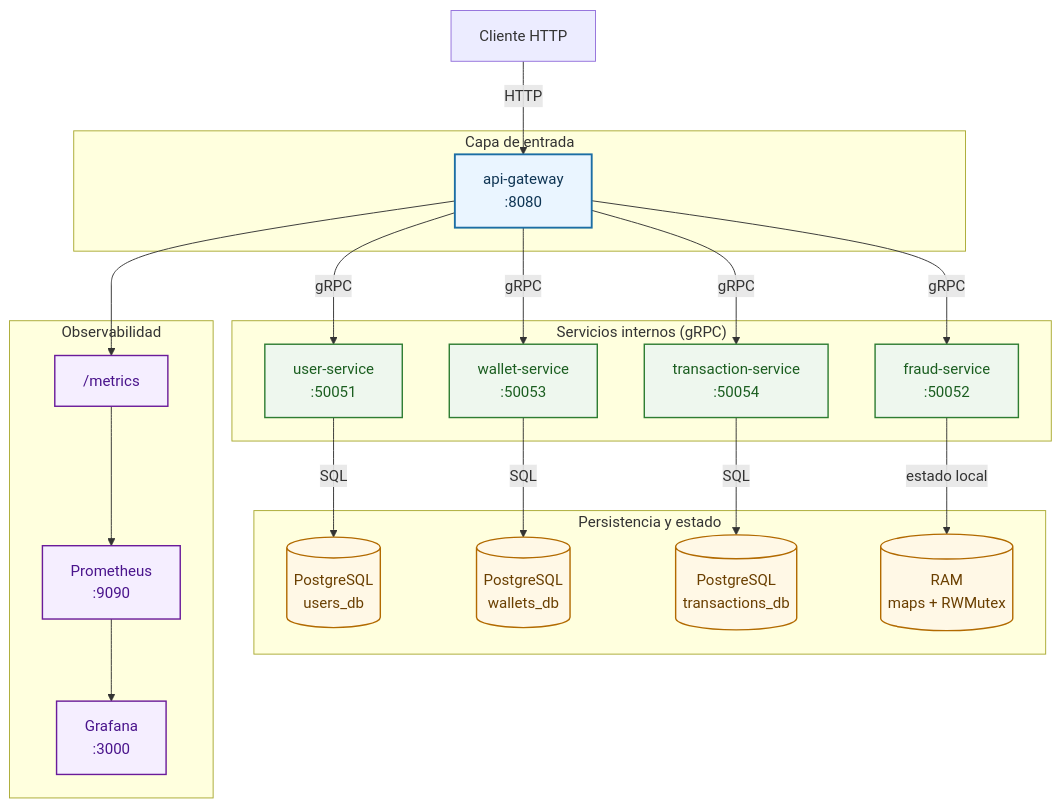
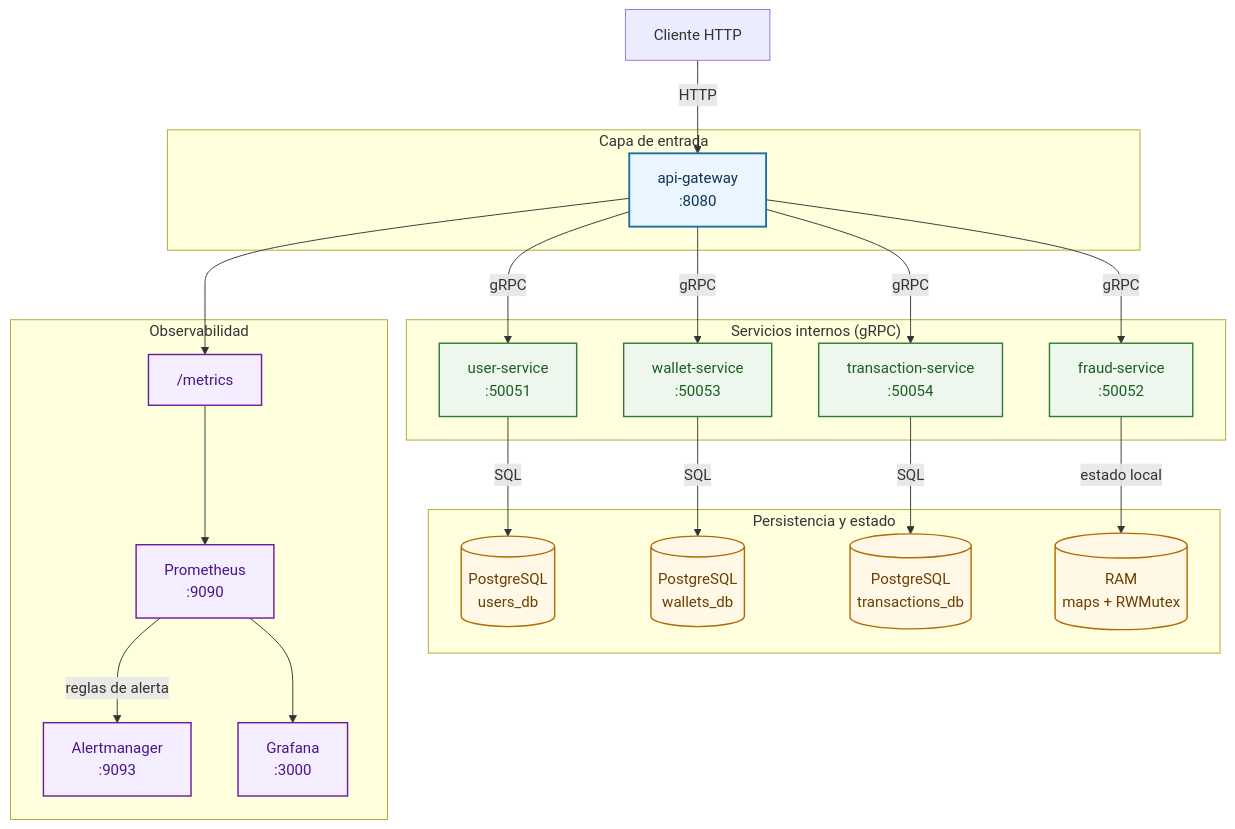
The first of 4 diagrams in architecture.md (Lucascabral95/peer-ledger-microservices-grpc), drawn with Mermaid before and after one commit. The commit also changed other lines of this file and 10 other files, not shown here.

````diff
--- a/architecture.md
+++ b/architecture.md
@@ -21,53 +21,55 @@
 ```mermaid
 flowchart TB
     client["Cliente HTTP"]
 
     subgraph edge["Capa de entrada"]
       gw["api-gateway<br/>:8080"]
     end
 
     subgraph services["Servicios internos (gRPC)"]
       us["user-service<br/>:50051"]
       fs["fraud-service<br/>:50052"]
       ws["wallet-service<br/>:50053"]
       ts["transaction-service<br/>:50054"]
     end
 
     subgraph data["Persistencia y estado"]
       usersdb[("PostgreSQL<br/>users_db")]
       walletsdb[("PostgreSQL<br/>wallets_db")]
       txdb[("PostgreSQL<br/>transactions_db")]
       fraudram[("RAM<br/>maps + RWMutex")]
     end
 
     subgraph obs["Observabilidad"]
       metrics["/metrics"]
       prom["Prometheus<br/>:9090"]
+      am["Alertmanager<br/>:9093"]
       graf["Grafana<br/>:3000"]
     end
 
     client -->|HTTP| gw
     gw -->|gRPC| us
     gw -->|gRPC| fs
     gw -->|gRPC| ws
     gw -->|gRPC| ts
 
     us -->|SQL| usersdb
     ws -->|SQL| walletsdb
     ts -->|SQL| txdb
     fs -->|estado local| fraudram
 
     gw --> metrics
     metrics --> prom
+    prom -->|reglas de alerta| am
     prom --> graf
 
     classDef edgeStyle fill:#EAF5FF,stroke:#1C6EA4,stroke-width:2px,color:#0F3554;
     classDef svcStyle fill:#EEF7EE,stroke:#2E7D32,stroke-width:1.5px,color:#1B5E20;
     classDef dataStyle fill:#FFF8E6,stroke:#B26A00,stroke-width:1.5px,color:#6A3F00;
     classDef obsStyle fill:#F5EEFF,stroke:#6A1B9A,stroke-width:1.5px,color:#4A148C;
 
     class gw edgeStyle;
     class us,fs,ws,ts svcStyle;
     class usersdb,walletsdb,txdb,fraudram dataStyle;
-    class metrics,prom,graf obsStyle;
+    class metrics,prom,am,graf obsStyle;
 ```
````
